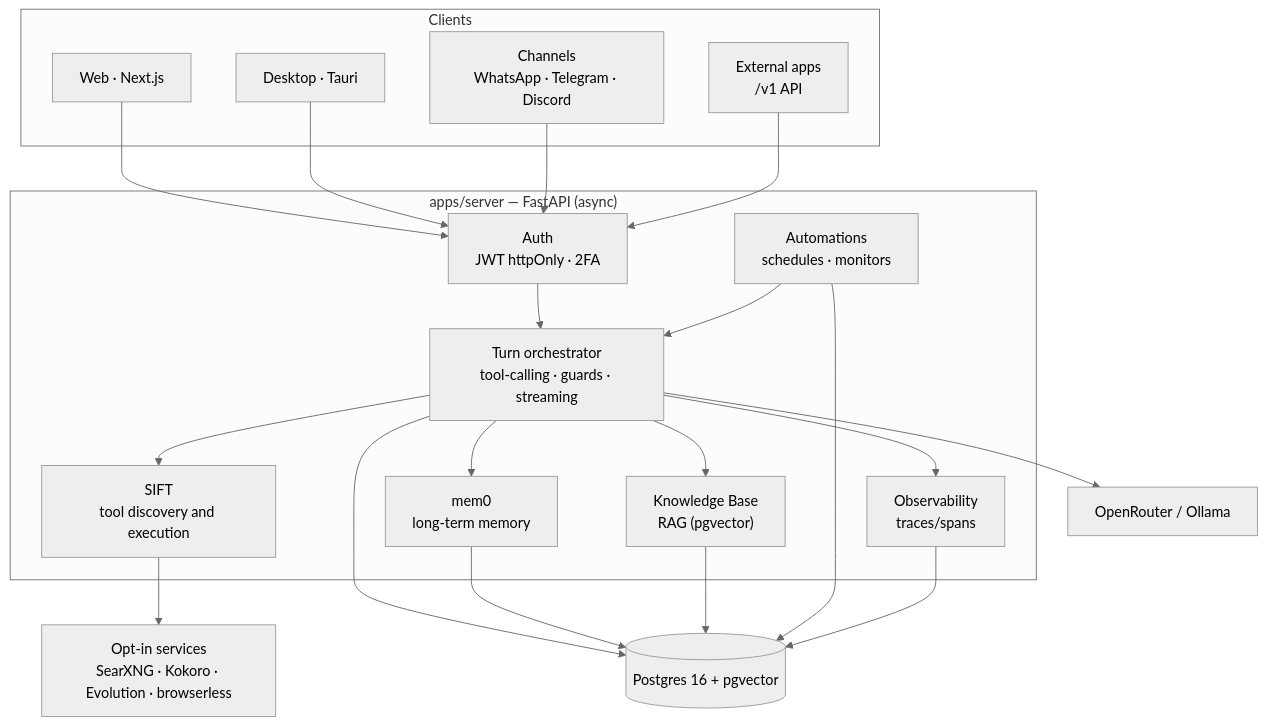
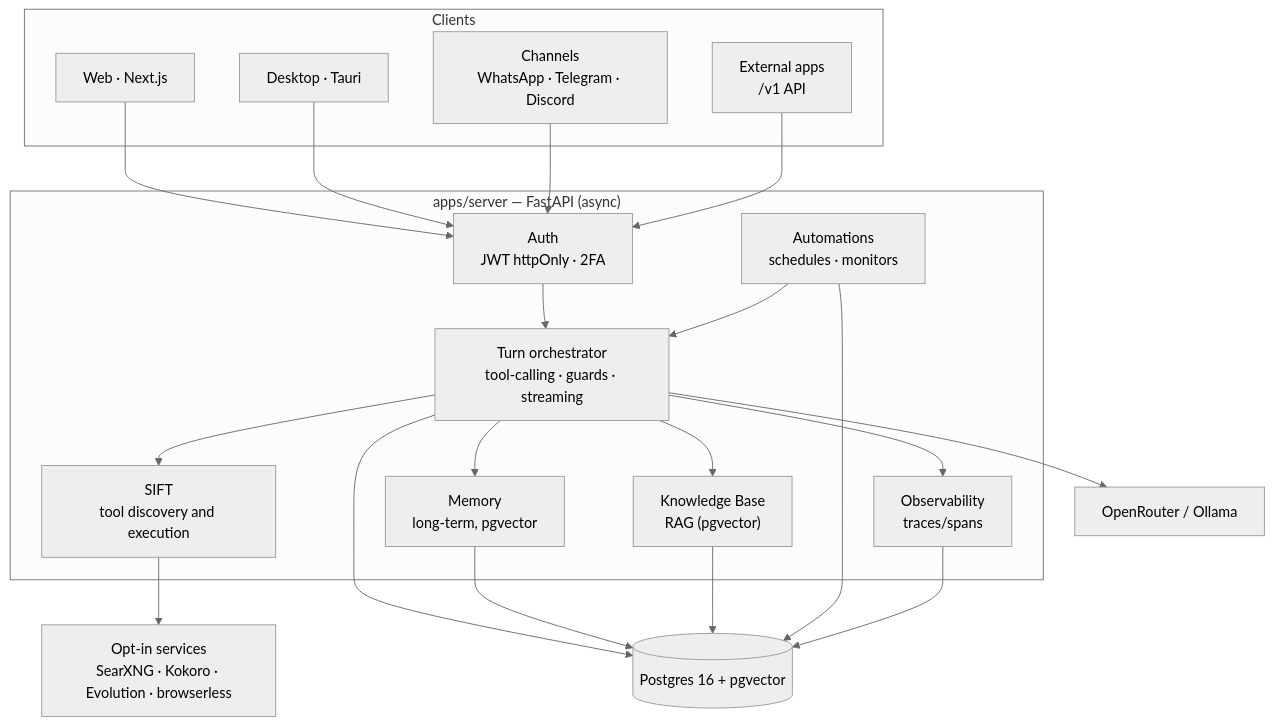
One commit to Victor-Alves0/AI-Workspace changed the first of 2 diagrams in docs/architecture.md. Above: the diagram before and after it, drawn with Mermaid (neutral theme). The commit also changed other lines of this file and 33 other files, not shown here.

````diff
--- a/docs/architecture.md
+++ b/docs/architecture.md
@@ -9,30 +9,30 @@
 ```mermaid
 flowchart TB
     subgraph Clients
         W["Web · Next.js"]
         D["Desktop · Tauri"]
         CH["Channels<br/>WhatsApp · Telegram · Discord"]
         API["External apps<br/>/v1 API"]
     end
 
     subgraph Server["apps/server — FastAPI (async)"]
         AUTH["Auth<br/>JWT httpOnly · 2FA"]
         ORQ["Turn orchestrator<br/>tool-calling · guards · streaming"]
         SIFT["SIFT<br/>tool discovery and execution"]
-        MEM["mem0<br/>long-term memory"]
+        MEM["Memory<br/>long-term, pgvector"]
         RAG["Knowledge Base<br/>RAG (pgvector)"]
         AUTO["Automations<br/>schedules · monitors"]
         OBS["Observability<br/>traces/spans"]
     end
 
     DB[("Postgres 16 + pgvector")]
     OR["OpenRouter / Ollama"]
     EXT["Opt-in services<br/>SearXNG · Kokoro · Evolution · browserless"]
 
     W & D & CH & API --> AUTH --> ORQ
     ORQ --> SIFT & MEM & RAG & OBS
     ORQ --> OR
     SIFT --> EXT
     AUTO --> ORQ
     ORQ & MEM & RAG & AUTO & OBS --> DB
 ```
````
